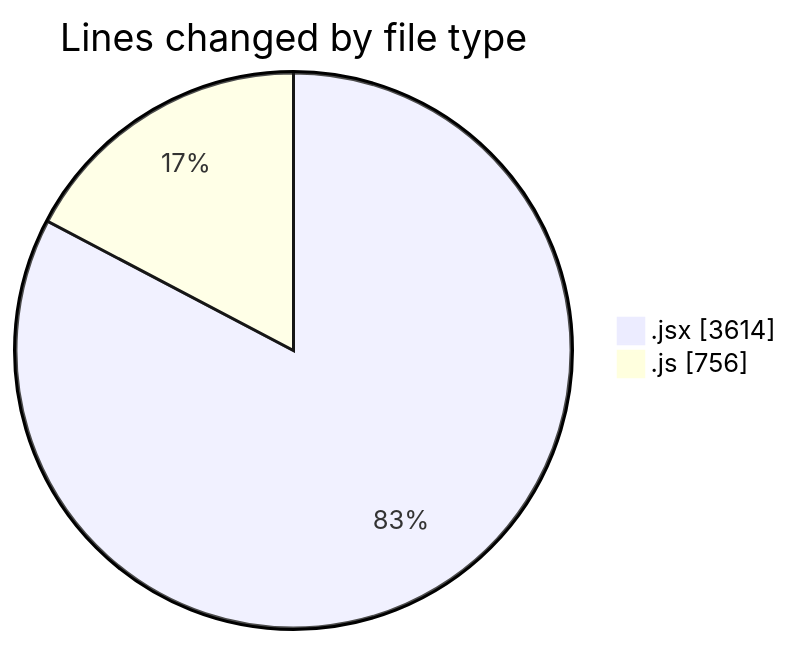
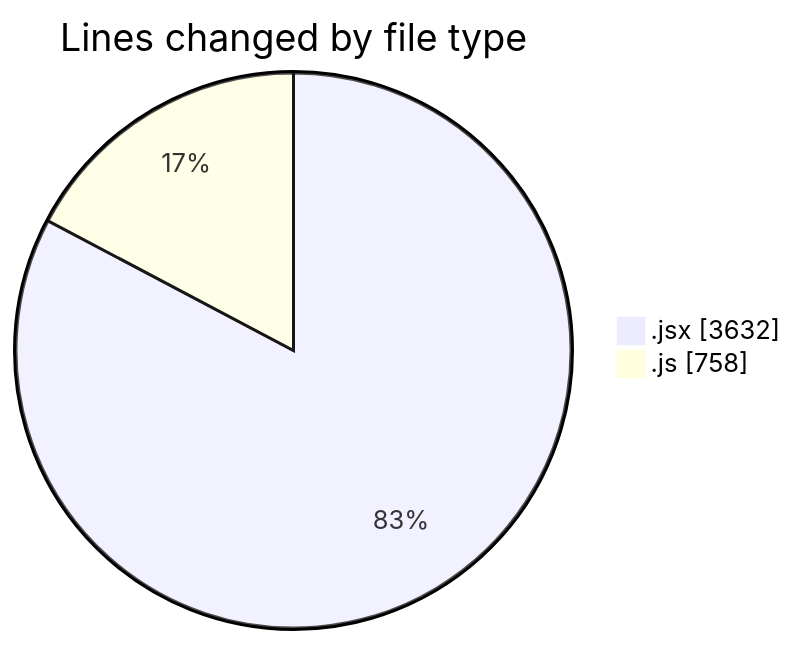
One commit to nxtqubesakshisongat/code-tracking changed the first of 2 diagrams in 2025-08-03/nxtqube_webapp/README.md. Above: the diagram before and after it, drawn with Mermaid. The commit also changed other lines of this file and 1 other file, not shown here.

````diff
--- a/2025-08-03/nxtqube_webapp/README.md
+++ b/2025-08-03/nxtqube_webapp/README.md
@@ -29,6 +29,6 @@
 ```mermaid
 pie showData
 title Lines changed by file type
-".jsx" : 3614
-".js" : 756
+".jsx" : 3632
+".js" : 758
 ```
````
